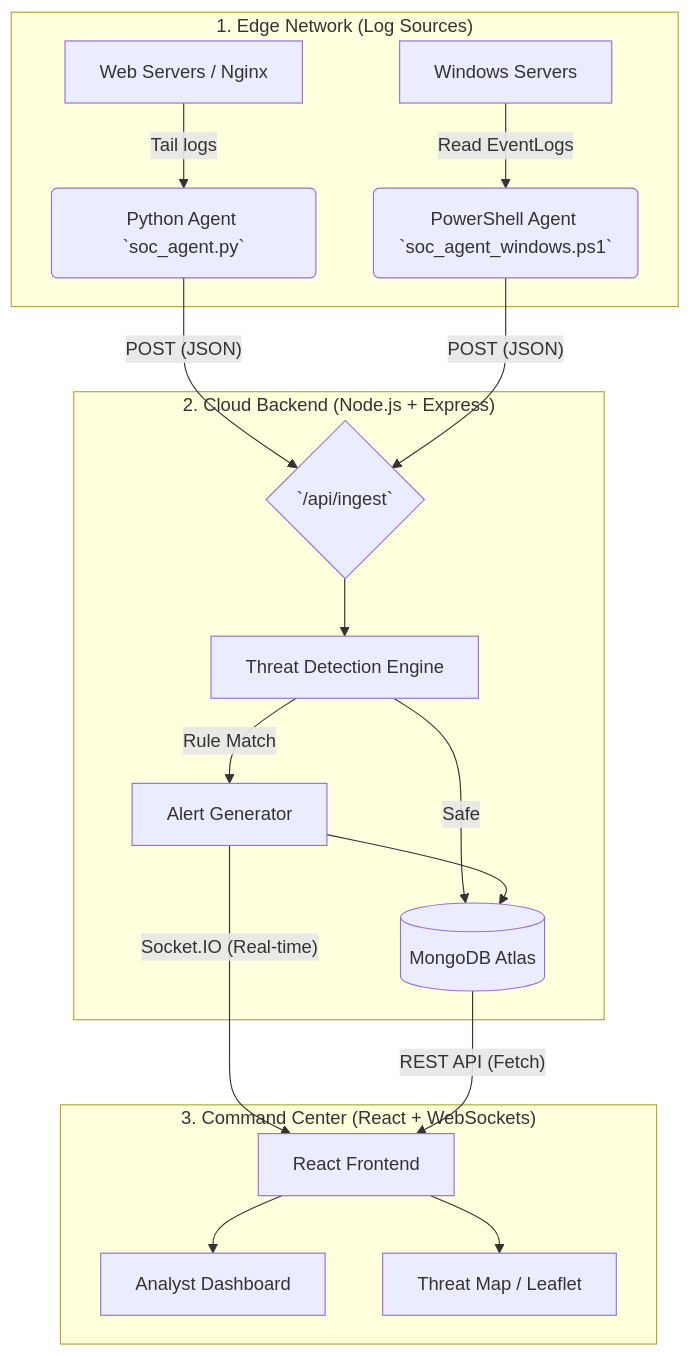
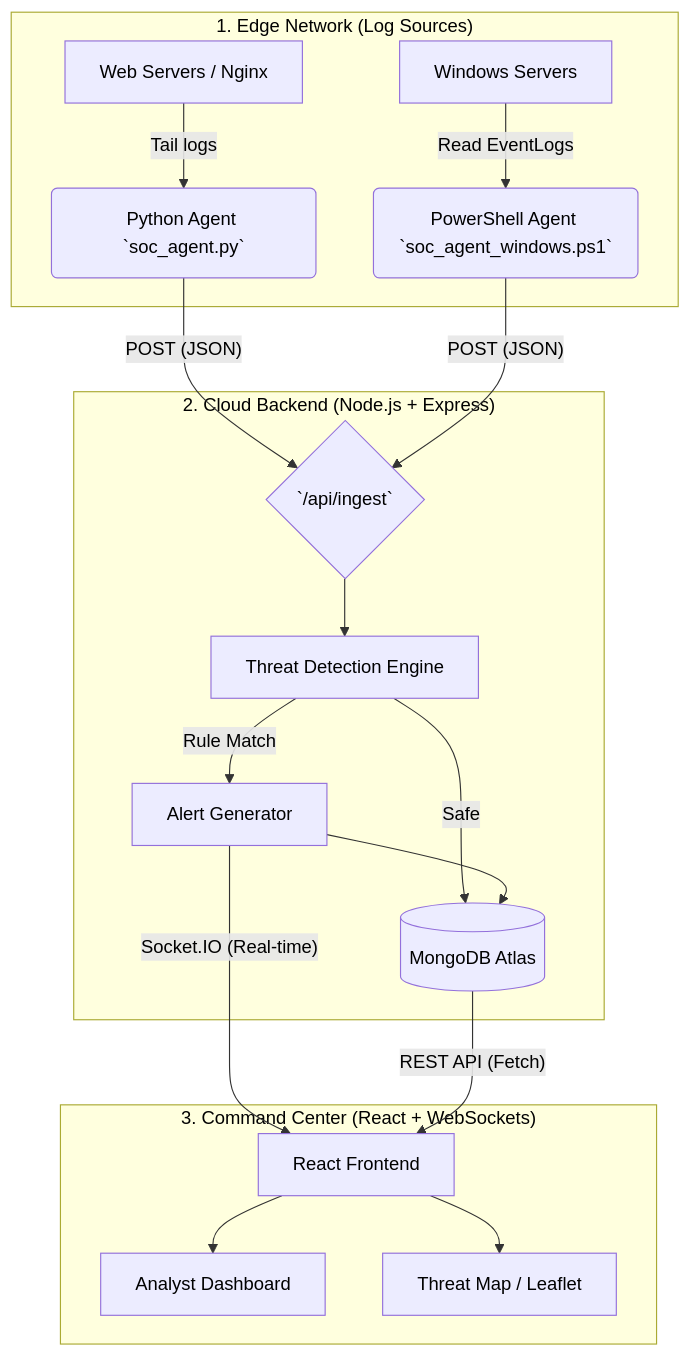
The first of 2 diagrams in docs/architecture.md (Het-2004/soc-siem-dashboard), drawn with Mermaid before and after one commit. The commit also changed other lines of this file and 1 other file, not shown here.

````diff
--- a/docs/architecture.md
+++ b/docs/architecture.md
@@ -7,24 +7,25 @@
 ```mermaid
+%%{init: {'theme': 'default', 'themeVariables': { 'darkMode': false, 'background': '#ffffff', 'primaryColor': '#fcfcfc', 'secondaryColor': '#f4f4f4', 'tertiaryColor': '#efefef', 'textColor': '#000000', 'lineColor': '#333333' }}}%%
 graph TD
     subgraph "1. Edge Network (Log Sources)"
         A[Web Servers / Nginx] -->|Tail logs| B(Python Agent `soc_agent.py`)
         C[Windows Servers] -->|Read EventLogs| D(PowerShell Agent `soc_agent_windows.ps1`)
     end
 
     subgraph "2. Cloud Backend (Node.js + Express)"
         B -- POST (JSON) --> E{`/api/ingest`}
         D -- POST (JSON) --> E
         
         E --> F[Threat Detection Engine]
         F -->|Rule Match| G[Alert Generator]
         F -->|Safe| H[(MongoDB Atlas)]
         G --> H
     end
 
     subgraph "3. Command Center (React + WebSockets)"
         G -- Socket.IO (Real-time) --> I[React Frontend]
         H -- REST API (Fetch) --> I
         I --> J[Analyst Dashboard]
         I --> K[Threat Map / Leaflet]
     end
 ```
````
